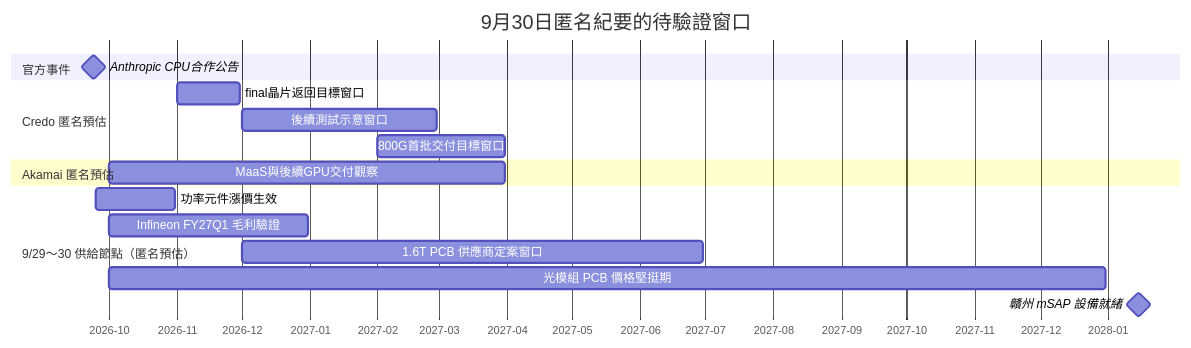
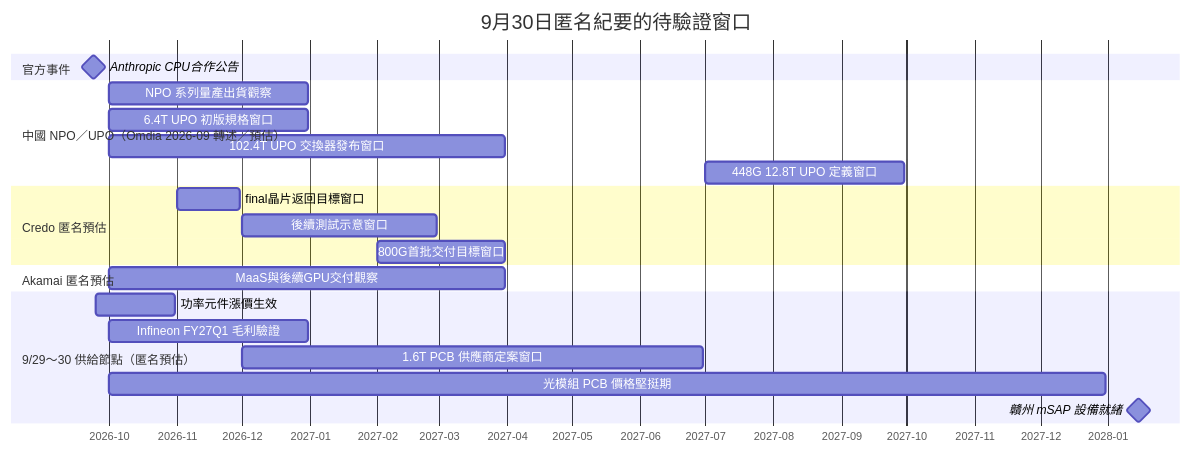
One commit to kevn950324/wiki_Stockv2 changed the diagram in content/lib/5.schedule/時程_2026-2027高速互連與分散式算力.md. Above: the diagram before and after it, drawn with Mermaid. The commit also changed other lines of this file and 117 other files, not shown here.

````diff
--- a/content/lib/5.schedule/時程_2026-2027高速互連與分散式算力.md
+++ b/content/lib/5.schedule/時程_2026-2027高速互連與分散式算力.md
@@ -45,20 +54,25 @@
 ```mermaid
 gantt
     title 9月30日匿名紀要的待驗證窗口
     dateFormat YYYY-MM-DD
     axisFormat %Y-%m
     section 官方事件
     Anthropic CPU合作公告 :milestone, 2026-09-24, 0d
+    section 中國 NPO／UPO（Omdia 2026-09 轉述／預估）
+    NPO 系列量產出貨觀察 :2026-10-01, 2026-12-31
+    6.4T UPO 初版規格窗口 :2026-10-01, 2026-12-31
+    102.4T UPO 交換器發布窗口 :2026-10-01, 2027-03-31
+    448G 12.8T UPO 定義窗口 :2027-07-01, 2027-09-30
     section Credo 匿名預估
     final晶片返回目標窗口 :2026-11-01, 2026-11-30
     後續測試示意窗口 :2026-12-01, 2027-02-28
     800G首批交付目標窗口 :2027-02-01, 2027-03-31
     section Akamai 匿名預估
     MaaS與後續GPU交付觀察 :2026-10-01, 2027-03-31
     section 9/29～30 供給節點（匿名預估）
     功率元件漲價生效 :2026-09-25, 2026-10-31
     Infineon FY27Q1 毛利驗證 :2026-10-01, 2026-12-31
     1.6T PCB 供應商定案窗口 :2026-12-01, 2027-06-30
     光模組 PCB 價格堅挺期 :2026-10-01, 2027-12-31
     贛州 mSAP 設備就緒 :milestone, 2028-01-15, 0d
 ```
````
